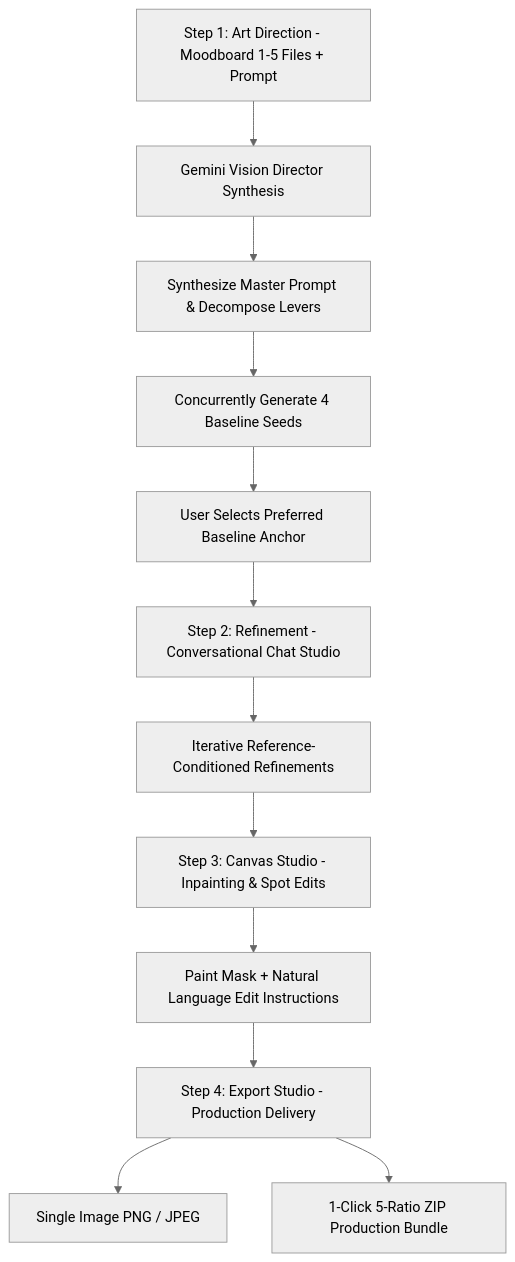
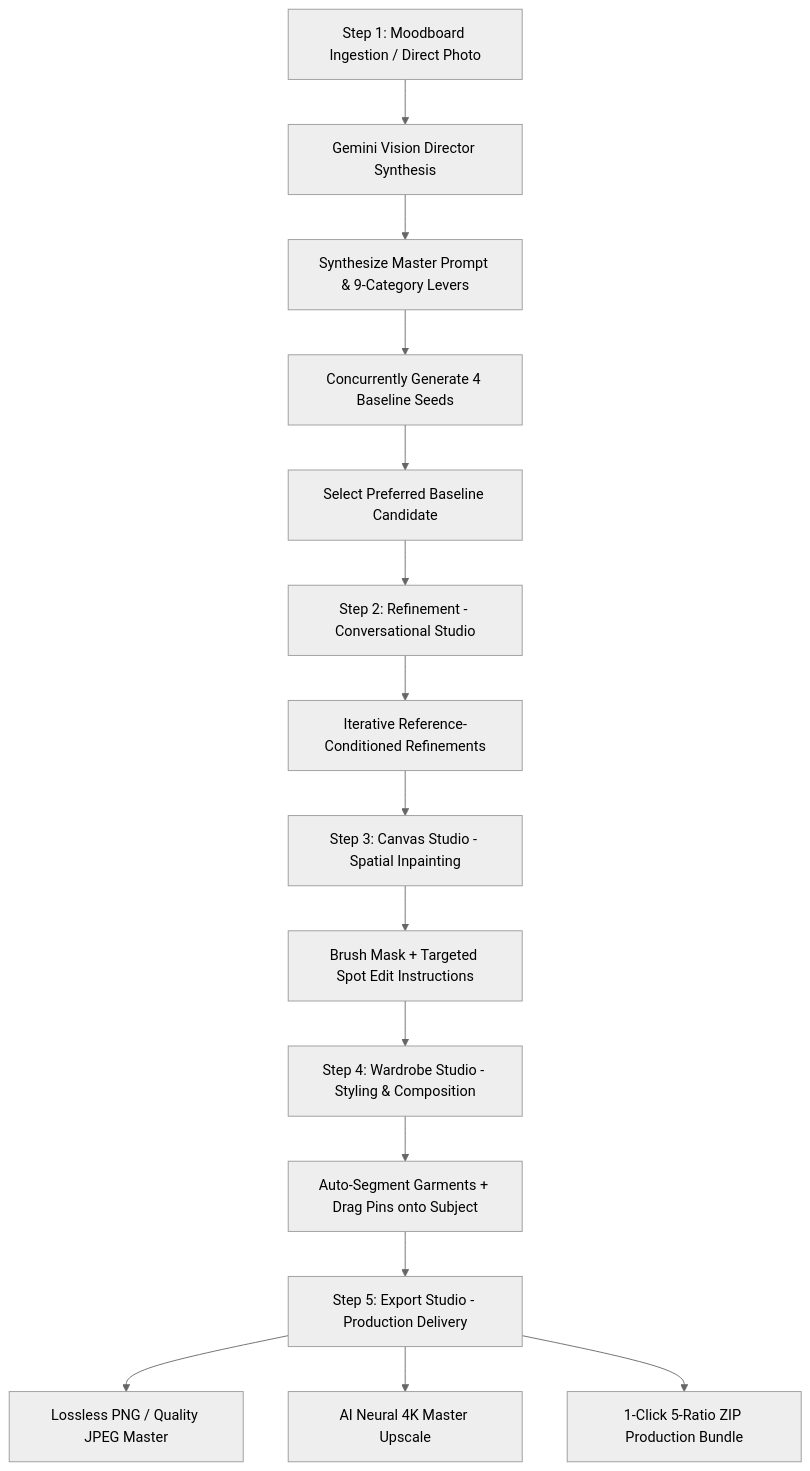
One commit to zacangzz/fashion-art-director changed the diagram in docs/PRD.md. Above: the diagram before and after it, drawn with Mermaid (neutral theme). The commit also changed other lines of this file and 6 other files, not shown here.

````diff
--- a/docs/PRD.md
+++ b/docs/PRD.md
@@ -77,14 +80,17 @@
 ```mermaid
 flowchart TD
-    A[Step 1: Art Direction - Moodboard 1-5 Files + Prompt] --> B[Gemini Vision Director Synthesis]
-    B --> C[Synthesize Master Prompt & Decompose Levers]
+    A[Step 1: Moodboard Ingestion / Direct Photo] --> B[Gemini Vision Director Synthesis]
+    B --> C[Synthesize Master Prompt & 9-Category Levers]
     C --> D[Concurrently Generate 4 Baseline Seeds]
-    D --> E[User Selects Preferred Baseline Anchor]
-    E --> F[Step 2: Refinement - Conversational Chat Studio]
+    D --> E[Select Preferred Baseline Candidate]
+    E --> F[Step 2: Refinement - Conversational Studio]
     F --> G[Iterative Reference-Conditioned Refinements]
-    G --> H[Step 3: Canvas Studio - Inpainting & Spot Edits]
-    H --> I[Paint Mask + Natural Language Edit Instructions]
-    I --> J[Step 4: Export Studio - Production Delivery]
-    J --> K1[Single Image PNG / JPEG]
-    J --> K2[1-Click 5-Ratio ZIP Production Bundle]
+    G --> H[Step 3: Canvas Studio - Spatial Inpainting]
+    H --> I[Brush Mask + Targeted Spot Edit Instructions]
+    I --> J[Step 4: Wardrobe Studio - Styling & Composition]
+    J --> K[Auto-Segment Garments + Drag Pins onto Subject]
+    K --> L[Step 5: Export Studio - Production Delivery]
+    L --> M1[Lossless PNG / Quality JPEG Master]
+    L --> M2[AI Neural 4K Master Upscale]
+    L --> M3[1-Click 5-Ratio ZIP Production Bundle]
 ```
````
